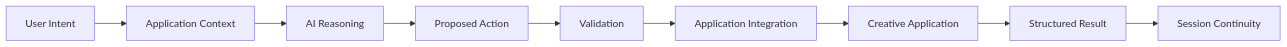
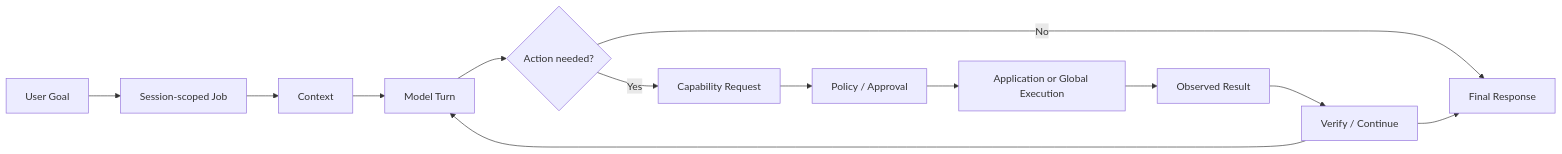
One commit to Pelag-Michael/open-vincea changed the diagram in docs/request-lifecycle.md. Above: the diagram before and after it, drawn with Mermaid. The commit also changed other lines of this file and 33 other files, not shown here.

````diff
--- a/docs/request-lifecycle.md
+++ b/docs/request-lifecycle.md
@@ -5,11 +5,15 @@
 ```mermaid
 flowchart LR
-    A[User Intent] --> B[Application Context]
-    B --> C[AI Reasoning]
-    C --> D[Proposed Action]
-    D --> E[Validation]
-    E --> F[Application Integration]
-    F --> G[Creative Application]
-    G --> H[Structured Result]
-    H --> I[Session Continuity]
+    A[User Goal] --> B[Session-scoped Job]
+    B --> C[Context]
+    C --> D[Model Turn]
+    D --> E{Action needed?}
+    E -- No --> J[Final Response]
+    E -- Yes --> F[Capability Request]
+    F --> G[Policy / Approval]
+    G --> H[Application or Global Execution]
+    H --> I[Observed Result]
+    I --> K[Verify / Continue]
+    K --> D
+    K --> J
 ```
````
